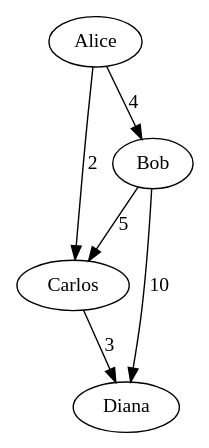
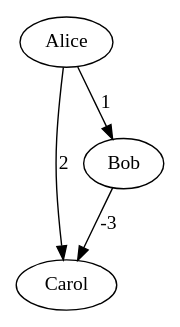
Before and after one commit to Wuesley/Faculdade: the diagram in Estrutura de dados/Estrutura de dados 3/Atividades/Atividade-03/output/friendface.dot, drawn with Graphviz. The commit also changed 6 other files, not shown here.

```diff
--- a/Estrutura de dados/Estrutura de dados 3/Atividades/Atividade-03/output/friendface.dot
+++ b/Estrutura de dados/Estrutura de dados 3/Atividades/Atividade-03/output/friendface.dot
@@ -1,7 +1,5 @@
 digraph FriendFace {
-  "Alice" -> "Carlos" [label="2"];
-  "Alice" -> "Bob" [label="4"];
-  "Bob" -> "Diana" [label="10"];
-  "Bob" -> "Carlos" [label="5"];
-  "Carlos" -> "Diana" [label="3"];
+  "Alice" -> "Carol" [label="2"];
+  "Alice" -> "Bob" [label="1"];
+  "Bob" -> "Carol" [label="-3"];
 }
```
